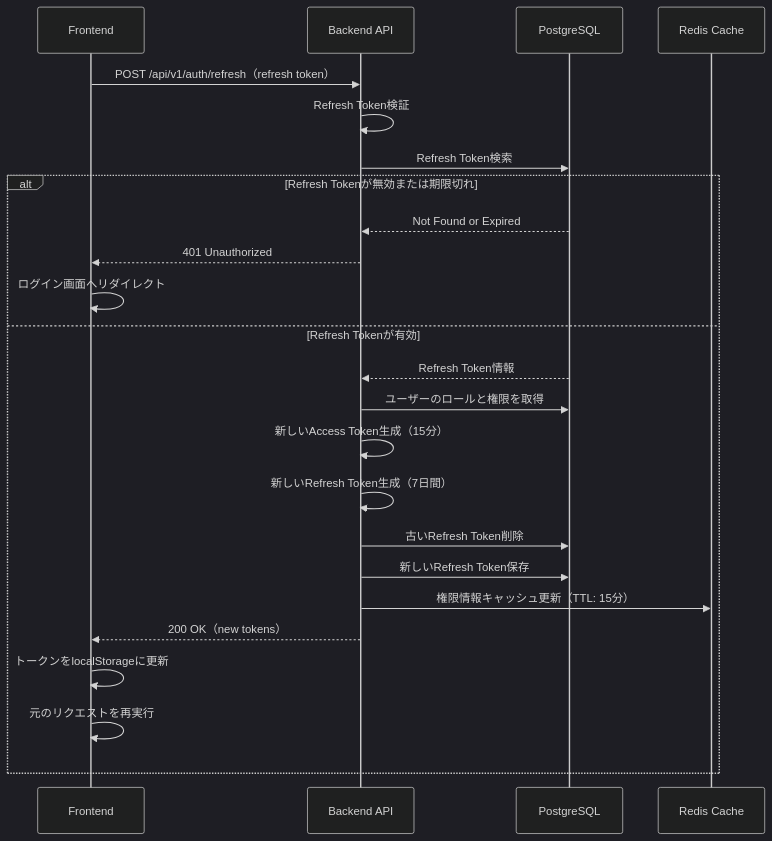
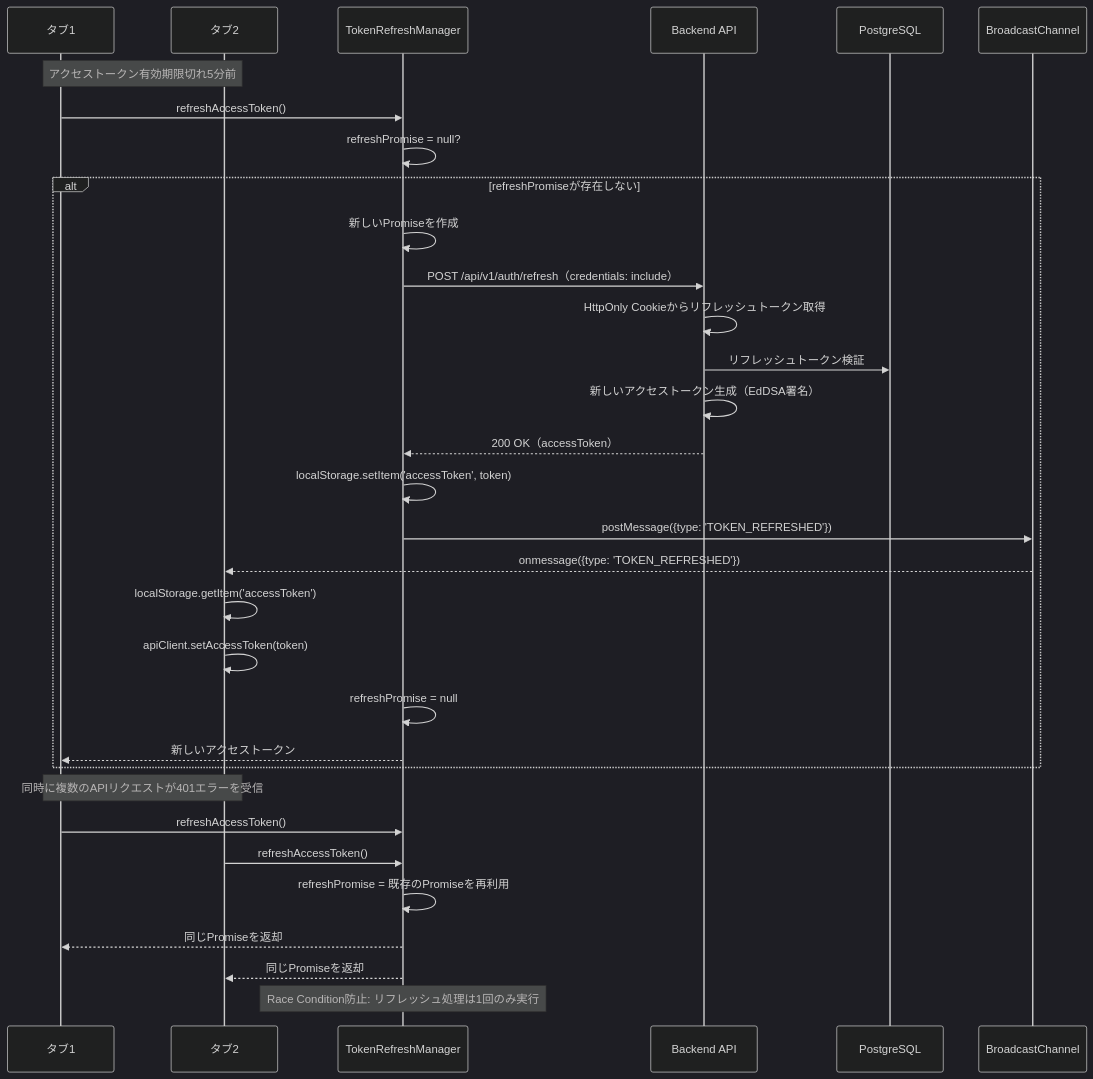
One commit to inakanou/ArchiTrack changed the fifth of 7 diagrams in .kiro/specs/user-authentication/design.md. Above: the diagram before and after it, drawn with Mermaid (dark theme). The commit also changed other lines of this file and 1 other file, not shown here.

````diff
--- a/.kiro/specs/user-authentication/design.md
+++ b/.kiro/specs/user-authentication/design.md
@@ -580,27 +664,38 @@
 ```mermaid
 sequenceDiagram
-    participant Frontend as Frontend
+    participant Tab1 as タブ1
+    participant Tab2 as タブ2
+    participant Manager as TokenRefreshManager
     participant Backend as Backend API
     participant DB as PostgreSQL
-    participant Redis as Redis Cache
+    participant BC as BroadcastChannel
 
-    Frontend->>Backend: POST /api/v1/auth/refresh（refresh token）
-    Backend->>Backend: Refresh Token検証
-    Backend->>DB: Refresh Token検索
-    alt Refresh Tokenが無効または期限切れ
-        DB-->>Backend: Not Found or Expired
-        Backend-->>Frontend: 401 Unauthorized
-        Frontend->>Frontend: ログイン画面へリダイレクト
-    else Refresh Tokenが有効
-        DB-->>Backend: Refresh Token情報
-        Backend->>DB: ユーザーのロールと権限を取得
-        Backend->>Backend: 新しいAccess Token生成（15分）
-        Backend->>Backend: 新しいRefresh Token生成（7日間）
-        Backend->>DB: 古いRefresh Token削除
-        Backend->>DB: 新しいRefresh Token保存
-        Backend->>Redis: 権限情報キャッシュ更新（TTL: 15分）
-        Backend-->>Frontend: 200 OK（new tokens）
-        Frontend->>Frontend: トークンをlocalStorageに更新
-        Frontend->>Frontend: 元のリクエストを再実行
+    Note over Tab1,Tab2: アクセストークン有効期限切れ5分前
+
+    Tab1->>Manager: refreshAccessToken()
+    Manager->>Manager: refreshPromise = null?
+    alt refreshPromiseが存在しない
+        Manager->>Manager: 新しいPromiseを作成
+        Manager->>Backend: POST /api/v1/auth/refresh（credentials: include）
+        Backend->>Backend: HttpOnly Cookieからリフレッシュトークン取得
+        Backend->>DB: リフレッシュトークン検証
+        Backend->>Backend: 新しいアクセストークン生成（EdDSA署名）
+        Backend-->>Manager: 200 OK（accessToken）
+        Manager->>Manager: localStorage.setItem('accessToken', token)
+        Manager->>BC: postMessage({type: 'TOKEN_REFRESHED'})
+        BC-->>Tab2: onmessage({type: 'TOKEN_REFRESHED'})
+        Tab2->>Tab2: localStorage.getItem('accessToken')
+        Tab2->>Tab2: apiClient.setAccessToken(token)
+        Manager->>Manager: refreshPromise = null
+        Manager-->>Tab1: 新しいアクセストークン
     end
+
+    Note over Tab1,Tab2: 同時に複数のAPIリクエストが401エラーを受信
+
+    Tab1->>Manager: refreshAccessToken()
+    Tab2->>Manager: refreshAccessToken()
+    Manager->>Manager: refreshPromise = 既存のPromiseを再利用
+    Manager-->>Tab1: 同じPromiseを返却
+    Manager-->>Tab2: 同じPromiseを返却
+    Note over Manager: Race Condition防止: リフレッシュ処理は1回のみ実行
 ```
````
